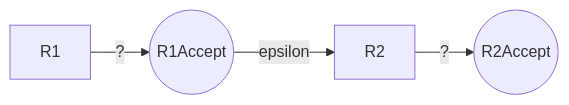
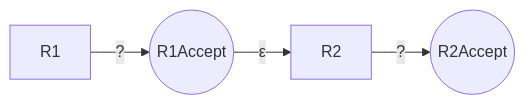
One commit to dustinnewman/CS181 changed the fifth of 6 diagrams in notes/w3d.md. Above: the diagram before and after it, drawn with Mermaid. The commit also changed other lines of this file and 1 other file, not shown here.

````diff
--- a/notes/w3d.md
+++ b/notes/w3d.md
@@ -122,6 +122,6 @@
 ```mermaid
 graph LR
     R1--?-->R1A((R1Accept))
-    R1A--epsilon-->R2
+    R1A--ε-->R2
     R2--?-->R2A((R2Accept))
 ```
````
